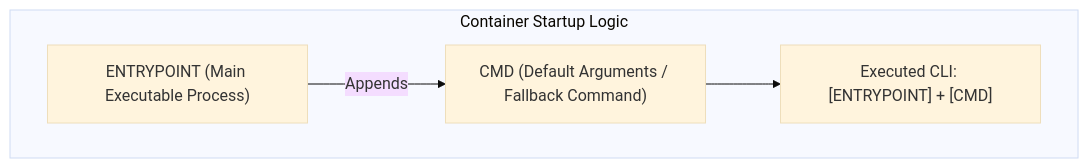
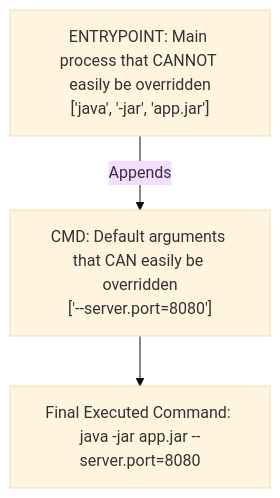
One commit to rohithgowda18/Notes changed the eighth of 14 diagrams in 07-Backend-Engineering/Docker.md. Above: the diagram before and after it, drawn with Mermaid (base theme). The commit also changed other lines of this file, not shown here.

````diff
--- a/07-Backend-Engineering/Docker.md
+++ b/07-Backend-Engineering/Docker.md
@@ -299,9 +278,7 @@
 ```mermaid
 flowchart TD
-    subgraph ExecutionLogic ["Container Startup Logic"]
-        E["ENTRYPOINT (Main Executable Process)"]
-        C["CMD (Default Arguments / Fallback Command)"]
-        E -->|Appends| C
-        C --> FinalCmd["Executed CLI: [ENTRYPOINT] + [CMD]"]
-    end
+    E["ENTRYPOINT: Main process that CANNOT easily be overridden\n['java', '-jar', 'app.jar']"]
+    C["CMD: Default arguments that CAN easily be overridden\n['--server.port=8080']"]
+    E -->|Appends| C
+    C --> Result["Final Executed Command: java -jar app.jar --server.port=8080"]
 ```
````
